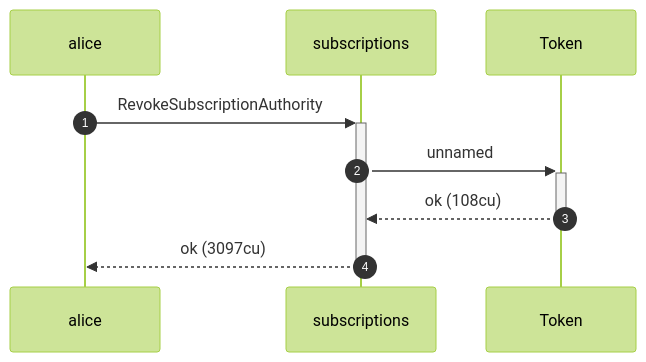
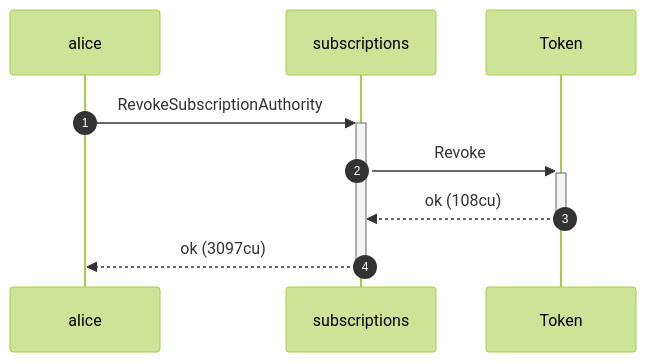
The sixth of 8 diagrams in dsl_tests/revoke-clears-the-delegate.md (cds-rs/subscriptions), drawn with Mermaid (forest theme) before and after one commit. The commit also changed other lines of this file and 219 other files, not shown here.

````diff
--- a/dsl_tests/revoke-clears-the-delegate.md
+++ b/dsl_tests/revoke-clears-the-delegate.md
@@ -120,11 +120,11 @@
 ```mermaid
 sequenceDiagram
     autonumber
     participant alice
     participant subscriptions
     participant Token
     alice ->>+ subscriptions: RevokeSubscriptionAuthority
-    subscriptions ->>+ Token: unnamed
+    subscriptions ->>+ Token: Revoke
     Token -->>- subscriptions: ok (108cu)
     subscriptions -->>- alice: ok (3097cu)
 ```
````
